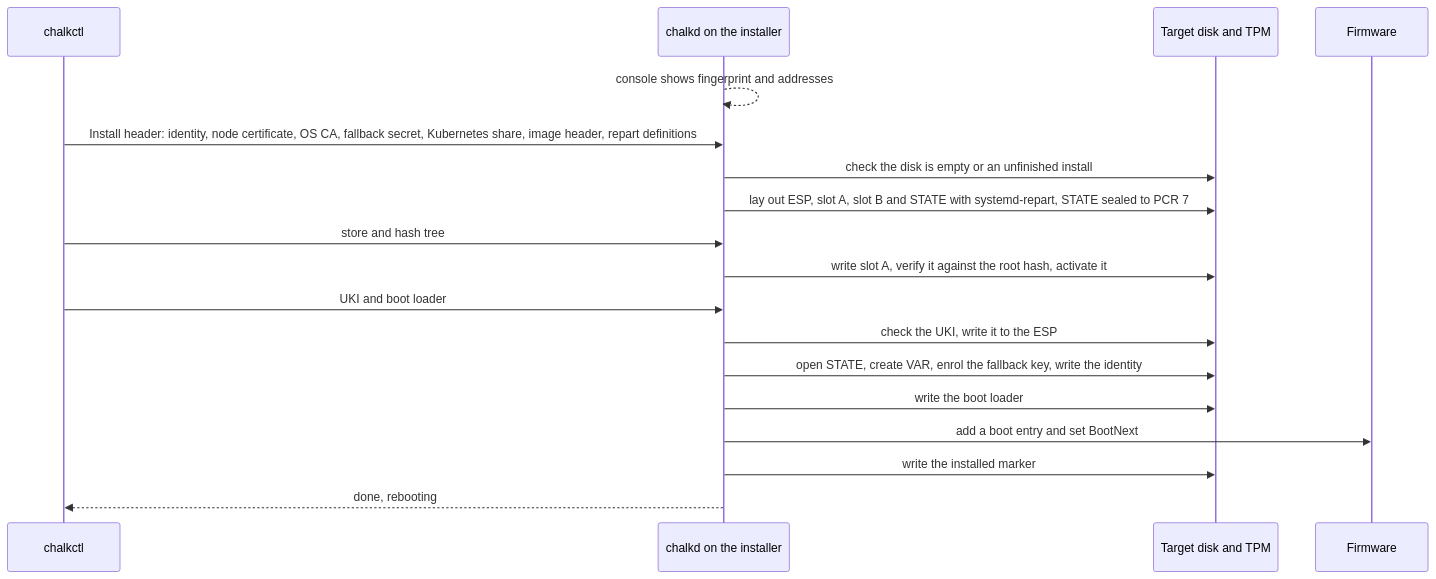
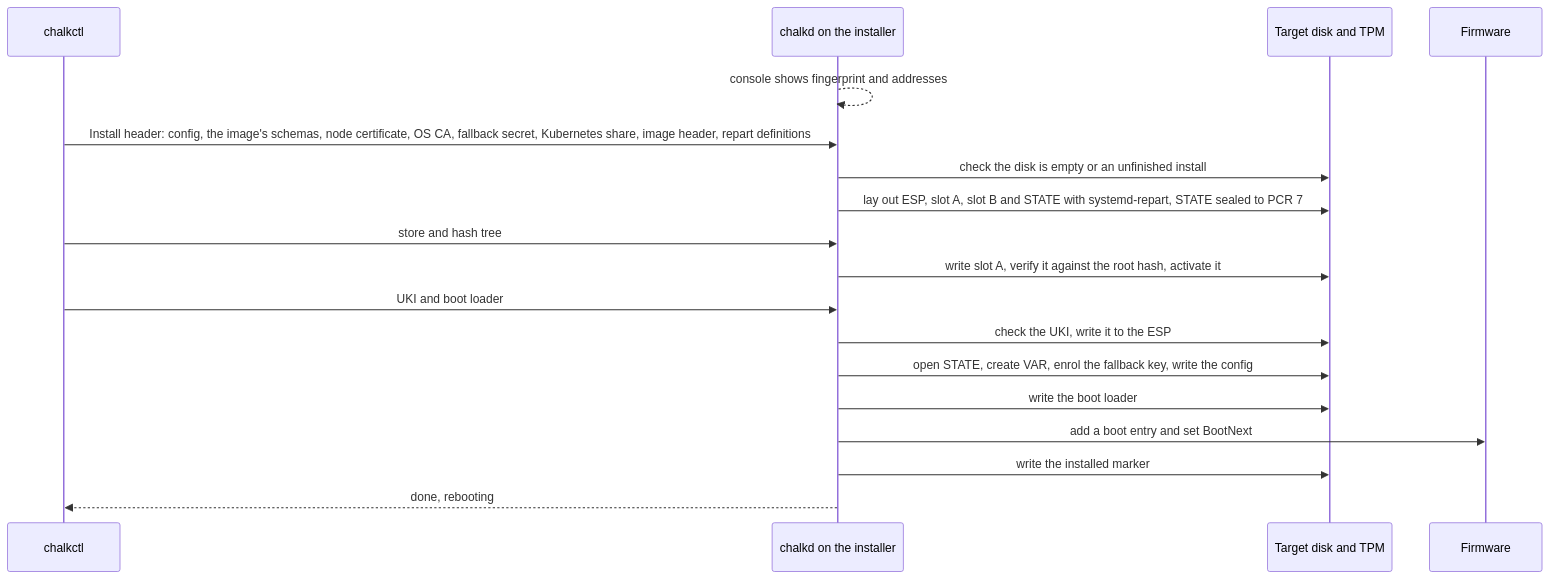
One commit to trevex/chalkos changed the second of 2 diagrams in docs/concepts/architecture.md. Above: the diagram before and after it, drawn with Mermaid. The commit also changed other lines of this file and 25 other files, not shown here.

````diff
--- a/docs/concepts/architecture.md
+++ b/docs/concepts/architecture.md
@@ -218,20 +219,20 @@
 ```mermaid
 sequenceDiagram
     participant chalkctl
     participant chalkd as chalkd on the installer
     participant disk as Target disk and TPM
     participant fw as Firmware
     chalkd-->>chalkd: console shows fingerprint and addresses
-    chalkctl->>chalkd: Install header: identity, node certificate, OS CA, fallback secret, Kubernetes share, image header, repart definitions
+    chalkctl->>chalkd: Install header: config, the image's schemas, node certificate, OS CA, fallback secret, Kubernetes share, image header, repart definitions
     chalkd->>disk: check the disk is empty or an unfinished install
     chalkd->>disk: lay out ESP, slot A, slot B and STATE with systemd-repart, STATE sealed to PCR 7
     chalkctl->>chalkd: store and hash tree
     chalkd->>disk: write slot A, verify it against the root hash, activate it
     chalkctl->>chalkd: UKI and boot loader
     chalkd->>disk: check the UKI, write it to the ESP
-    chalkd->>disk: open STATE, create VAR, enrol the fallback key, write the identity
+    chalkd->>disk: open STATE, create VAR, enrol the fallback key, write the config
     chalkd->>disk: write the boot loader
     chalkd->>fw: add a boot entry and set BootNext
     chalkd->>disk: write the installed marker
     chalkd-->>chalkctl: done, rebooting
 ```
````
